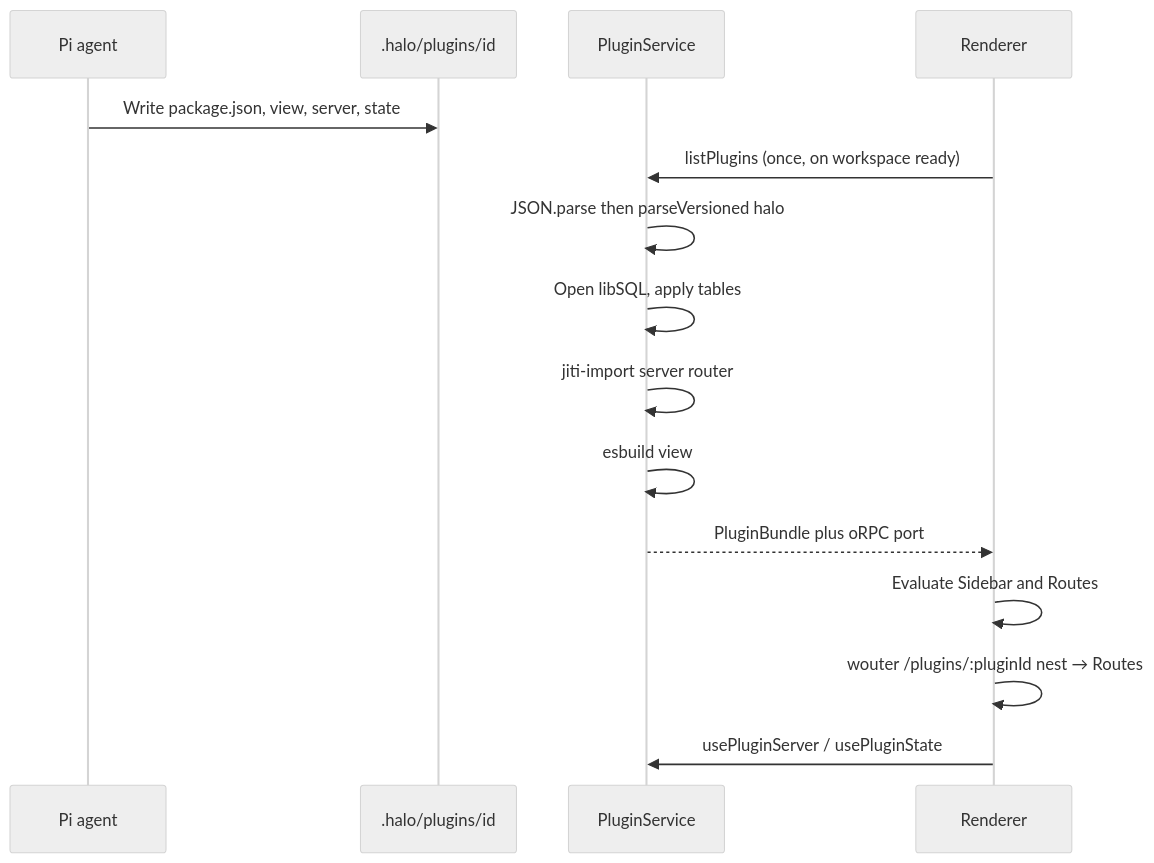
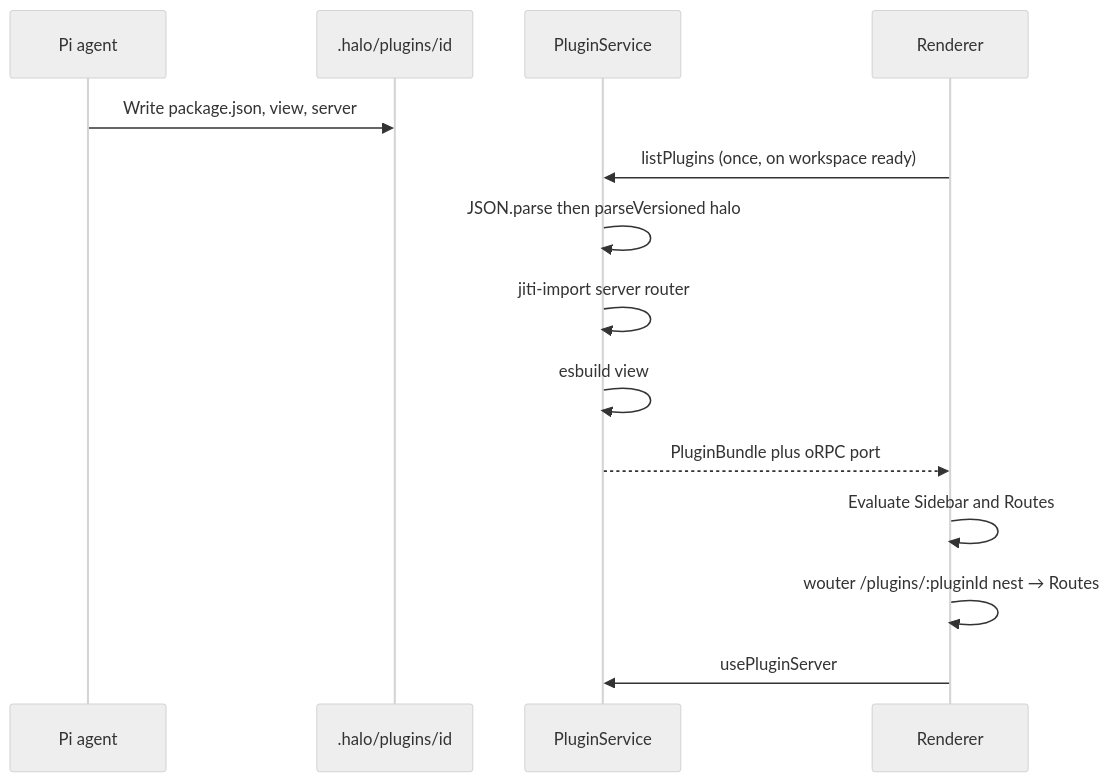
The second of 2 diagrams in specs/plugin-system.md (tanishqkancharla/halo-v2), drawn with Mermaid (neutral theme) before and after one commit. The commit also changed other lines of this file, not shown here.

First line of the commit message:
Drop plugin state.ts from the spec.

````diff
--- a/specs/plugin-system.md
+++ b/specs/plugin-system.md
@@ -25,18 +21,17 @@
 ```mermaid
 sequenceDiagram
     participant Agent as Pi agent
     participant Disk as .halo/plugins/id
     participant Main as PluginService
     participant UI as Renderer
 
-    Agent->>Disk: Write package.json, view, server, state
+    Agent->>Disk: Write package.json, view, server
     UI->>Main: listPlugins (once, on workspace ready)
     Main->>Main: JSON.parse then parseVersioned halo
-    Main->>Main: Open libSQL, apply tables
     Main->>Main: jiti-import server router
     Main->>Main: esbuild view
     Main-->>UI: PluginBundle plus oRPC port
     UI->>UI: Evaluate Sidebar and Routes
     UI->>UI: wouter /plugins/:pluginId nest → Routes
-    UI->>Main: usePluginServer / usePluginState
+    UI->>Main: usePluginServer
 ```
````
